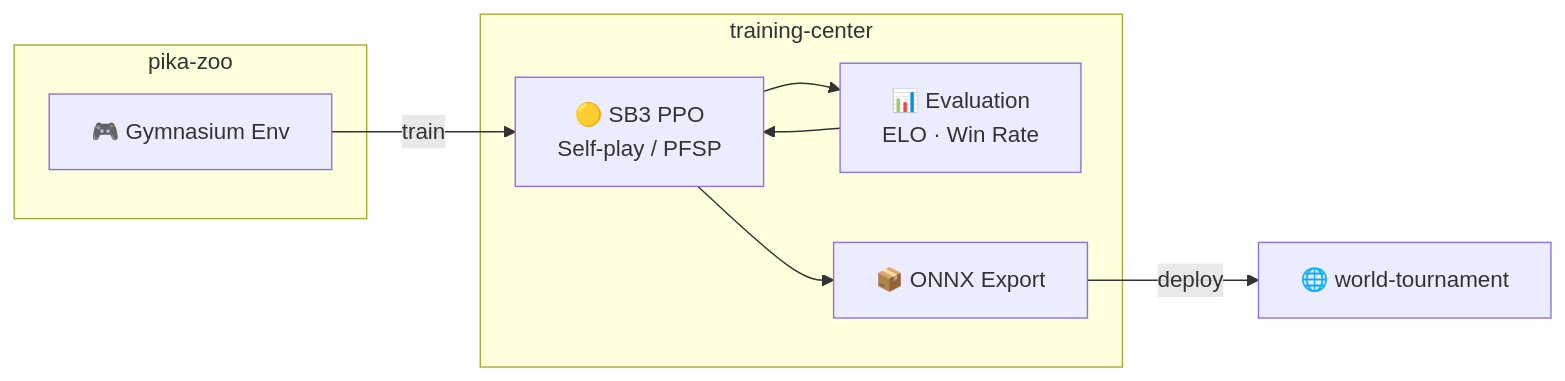
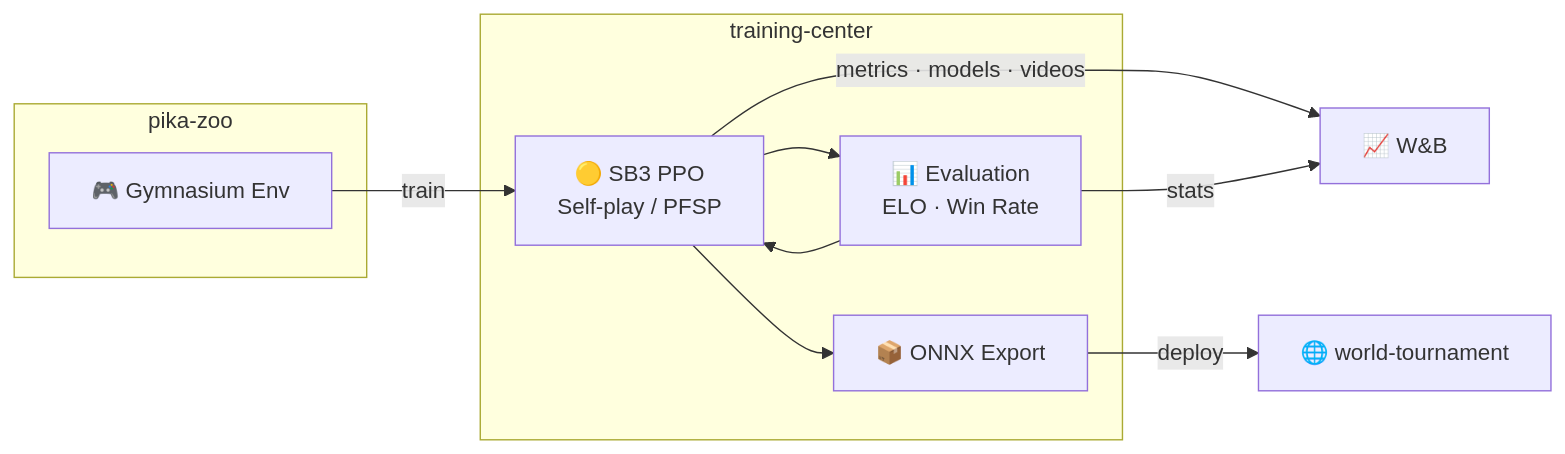
Before and after one commit to alphachu-volleyball/training-center: the diagram in README.md, drawn with Mermaid. The commit also changed other lines of this file and 4 other files, not shown here.

````diff
--- a/README.md
+++ b/README.md
@@ -17,19 +17,21 @@
 ```mermaid
 graph LR
     subgraph pika-zoo
         ENV["🎮 Gymnasium Env"]
     end
 
     subgraph training-center
         TRAIN["🟡 SB3 PPO<br>Self-play / PFSP"]
         EVAL["📊 Evaluation<br>ELO · Win Rate"]
         EXPORT["📦 ONNX Export"]
 
         TRAIN --> EVAL
         EVAL --> TRAIN
         TRAIN --> EXPORT
     end
 
     ENV -->|train| TRAIN
+    TRAIN -->|metrics · models · videos| WB["📈 W&B"]
+    EVAL -->|stats| WB
     EXPORT -->|deploy| WT["🌐 world-tournament"]
 ```
````
